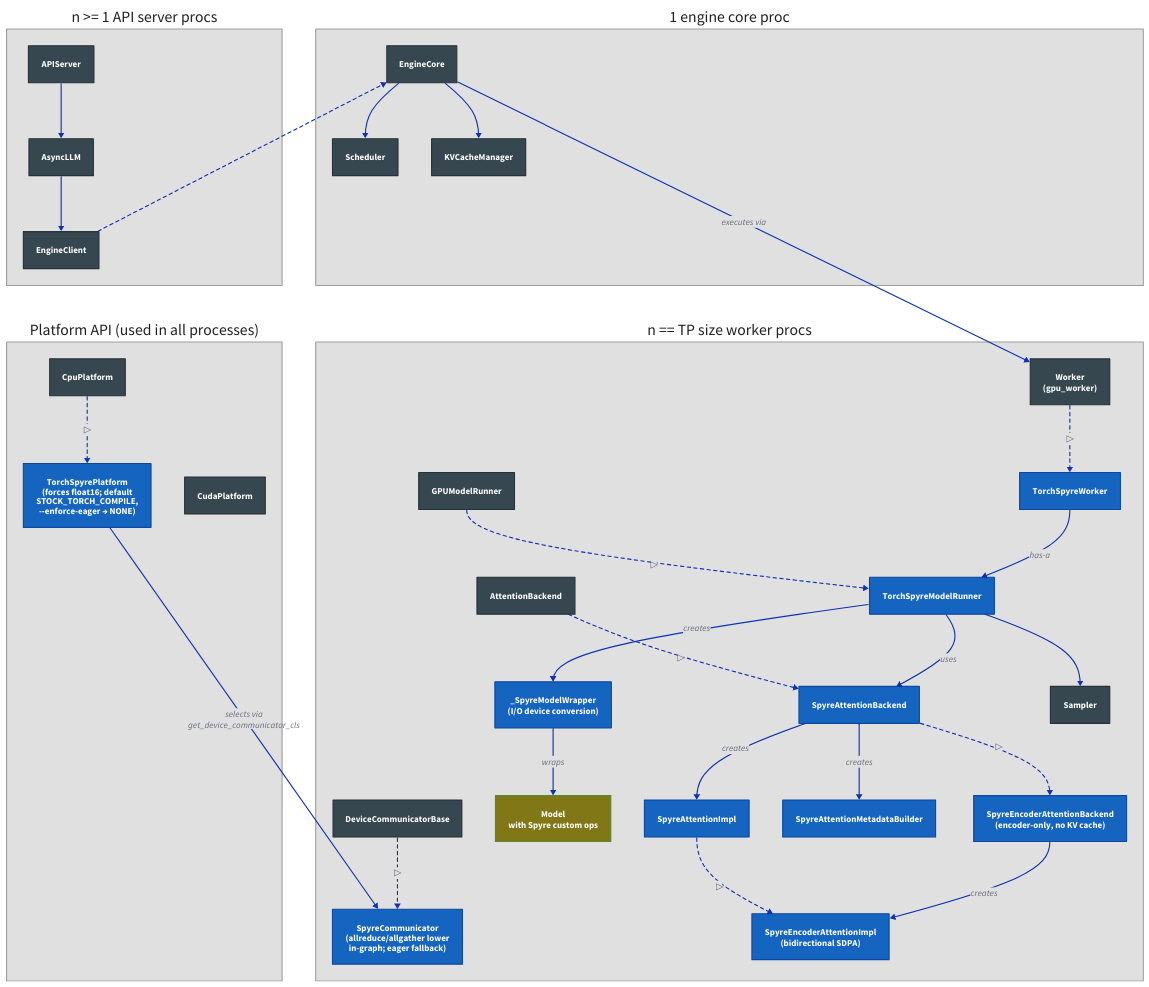
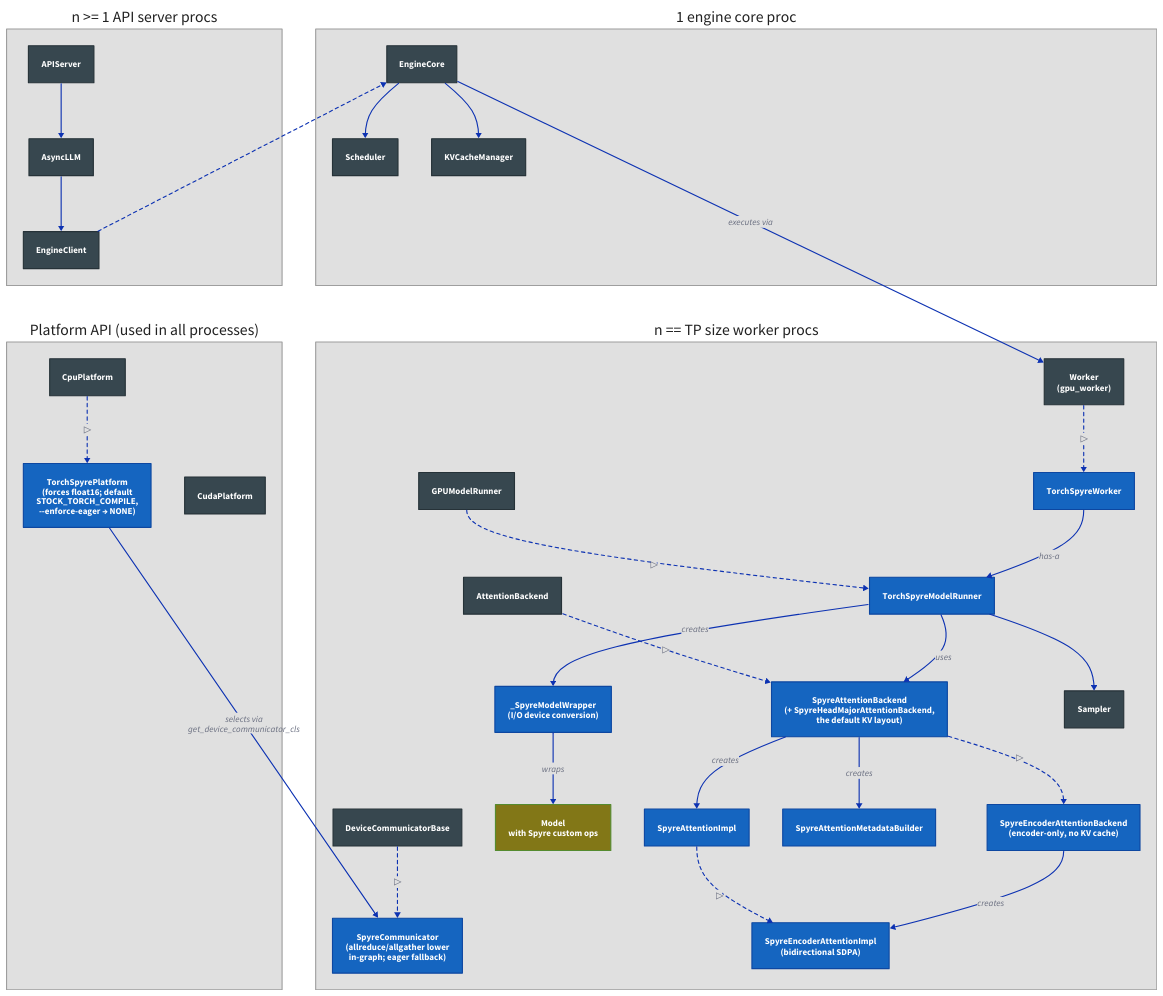
Before and after one commit to jvlunteren/spyre-inference: the diagram in latest/architecture/system-overview.d2, drawn with D2. The commit also changed 15 other files, not shown here.

```diff
--- a/latest/architecture/system-overview.d2
+++ b/latest/architecture/system-overview.d2
@@ -1,193 +1,193 @@
 grid-rows: 2
 grid-columns: 2
 grid-gap: 60
 
 api: "n >= 1 API server procs" {
   style.fill: "#e0e0e0"
   style.stroke: "#9e9e9e"
   style.font-color: "#212121"
 
   APIServer: APIServer {
     style.fill: "#37474f"
     style.stroke: "#263238"
     style.font-color: "#ffffff"
   }
   AsyncLLM: AsyncLLM {
     style.fill: "#37474f"
     style.stroke: "#263238"
     style.font-color: "#ffffff"
   }
   EngineClient: EngineClient {
     style.fill: "#37474f"
     style.stroke: "#263238"
     style.font-color: "#ffffff"
   }
 
   APIServer -> AsyncLLM -> EngineClient
 }
 
 engine: "1 engine core proc" {
   style.fill: "#e0e0e0"
   style.stroke: "#9e9e9e"
   style.font-color: "#212121"
 
   EngineCore: EngineCore {
     style.fill: "#37474f"
     style.stroke: "#263238"
     style.font-color: "#ffffff"
   }
   Scheduler: Scheduler {
     style.fill: "#37474f"
     style.stroke: "#263238"
     style.font-color: "#ffffff"
   }
   KVCacheManager: KVCacheManager {
     style.fill: "#37474f"
     style.stroke: "#263238"
     style.font-color: "#ffffff"
   }
 
   EngineCore -> Scheduler
   EngineCore -> KVCacheManager
 }
 
 platform: "Platform API (used in all processes)" {
   style.fill: "#e0e0e0"
   style.stroke: "#9e9e9e"
   style.font-color: "#212121"
 
   CpuPlatform: CpuPlatform {
     style.fill: "#37474f"
     style.stroke: "#263238"
     style.font-color: "#ffffff"
   }
   SpyrePlatform: "TorchSpyrePlatform\n(forces float16; default\nSTOCK_TORCH_COMPILE,\n--enforce-eager → NONE)" {
     style.fill: "#1565c0"
     style.stroke: "#0d47a1"
     style.font-color: "#ffffff"
     style.bold: true
   }
   CudaPlatform: CudaPlatform {
     style.fill: "#37474f"
     style.stroke: "#263238"
     style.font-color: "#ffffff"
   }
 
   CpuPlatform -> SpyrePlatform: "▷" {style.stroke-dash: 3}
 }
 
 worker: "n == TP size worker procs" {
   style.fill: "#e0e0e0"
   style.stroke: "#9e9e9e"
   style.font-color: "#212121"
 
   Worker: "Worker\n(gpu_worker)" {
     style.fill: "#37474f"
     style.stroke: "#263238"
     style.font-color: "#ffffff"
   }
   SpyreWorker: TorchSpyreWorker {
     style.fill: "#1565c0"
     style.stroke: "#0d47a1"
     style.font-color: "#ffffff"
     style.bold: true
   }
 
   DeviceCommBase: DeviceCommunicatorBase {
     style.fill: "#37474f"
     style.stroke: "#263238"
     style.font-color: "#ffffff"
   }
   SpyreComm: "SpyreCommunicator\n(allreduce/allgather lower\nin-graph; eager fallback)" {
     style.fill: "#1565c0"
     style.stroke: "#0d47a1"
     style.font-color: "#ffffff"
     style.bold: true
   }
 
   GPUModelRunner: GPUModelRunner {
     style.fill: "#37474f"
     style.stroke: "#263238"
     style.font-color: "#ffffff"
   }
   SpyreModelRunner: TorchSpyreModelRunner {
     style.fill: "#1565c0"
     style.stroke: "#0d47a1"
     style.font-color: "#ffffff"
     style.bold: true
   }
   SpyreWrapper: "_SpyreModelWrapper\n(I/O device conversion)" {
     style.fill: "#1565c0"
     style.stroke: "#0d47a1"
     style.font-color: "#ffffff"
     style.bold: true
   }
 
   Model: "Model\nwith Spyre custom ops" {
     style.fill: "#827717"
     style.stroke: "#558b2f"
     style.font-color: "#ffffff"
   }
 
   AttentionBackend: AttentionBackend {
     style.fill: "#37474f"
     style.stroke: "#263238"
     style.font-color: "#ffffff"
   }
-  SpyreAttnBackend: SpyreAttentionBackend {
+  SpyreAttnBackend: "SpyreAttentionBackend\n(+ SpyreHeadMajorAttentionBackend,\nthe default KV layout)" {
     style.fill: "#1565c0"
     style.stroke: "#0d47a1"
     style.font-color: "#ffffff"
     style.bold: true
   }
   SpyreAttnImpl: SpyreAttentionImpl {
     style.fill: "#1565c0"
     style.stroke: "#0d47a1"
     style.font-color: "#ffffff"
     style.bold: true
   }
   SpyreMetaBuilder: SpyreAttentionMetadataBuilder {
     style.fill: "#1565c0"
     style.stroke: "#0d47a1"
     style.font-color: "#ffffff"
     style.bold: true
   }
   SpyreEncoderAttnBackend: "SpyreEncoderAttentionBackend\n(encoder-only, no KV cache)" {
     style.fill: "#1565c0"
     style.stroke: "#0d47a1"
     style.font-color: "#ffffff"
     style.bold: true
   }
   SpyreEncoderAttnImpl: "SpyreEncoderAttentionImpl\n(bidirectional SDPA)" {
     style.fill: "#1565c0"
     style.stroke: "#0d47a1"
     style.font-color: "#ffffff"
     style.bold: true
   }
 
   Sampler: Sampler {
     style.fill: "#37474f"
     style.stroke: "#263238"
     style.font-color: "#ffffff"
   }
 
   Worker -> SpyreWorker: "▷" {style.stroke-dash: 3}
   GPUModelRunner -> SpyreModelRunner: "▷" {style.stroke-dash: 3}
   AttentionBackend -> SpyreAttnBackend: "▷" {style.stroke-dash: 3}
   DeviceCommBase -> SpyreComm: "▷" {style.stroke-dash: 3}
 
   SpyreWorker -> SpyreModelRunner: has-a
   SpyreModelRunner -> SpyreWrapper: creates
   SpyreWrapper -> Model: wraps
   SpyreModelRunner -> SpyreAttnBackend: uses
   SpyreModelRunner -> Sampler
   SpyreAttnBackend -> SpyreAttnImpl: creates
   SpyreAttnBackend -> SpyreMetaBuilder: creates
   SpyreAttnBackend -> SpyreEncoderAttnBackend: "▷" {style.stroke-dash: 3}
   SpyreAttnImpl -> SpyreEncoderAttnImpl: "▷" {style.stroke-dash: 3}
   SpyreEncoderAttnBackend -> SpyreEncoderAttnImpl: creates
 }
 
 api.EngineClient -> engine.EngineCore: {style.stroke-dash: 3}
 engine.EngineCore -> worker.Worker: "executes via"
 platform.SpyrePlatform -> worker.SpyreComm: "selects via\nget_device_communicator_cls"
```
